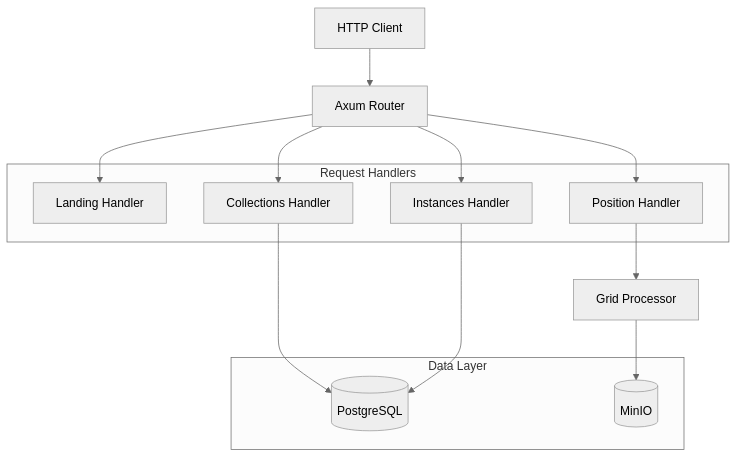
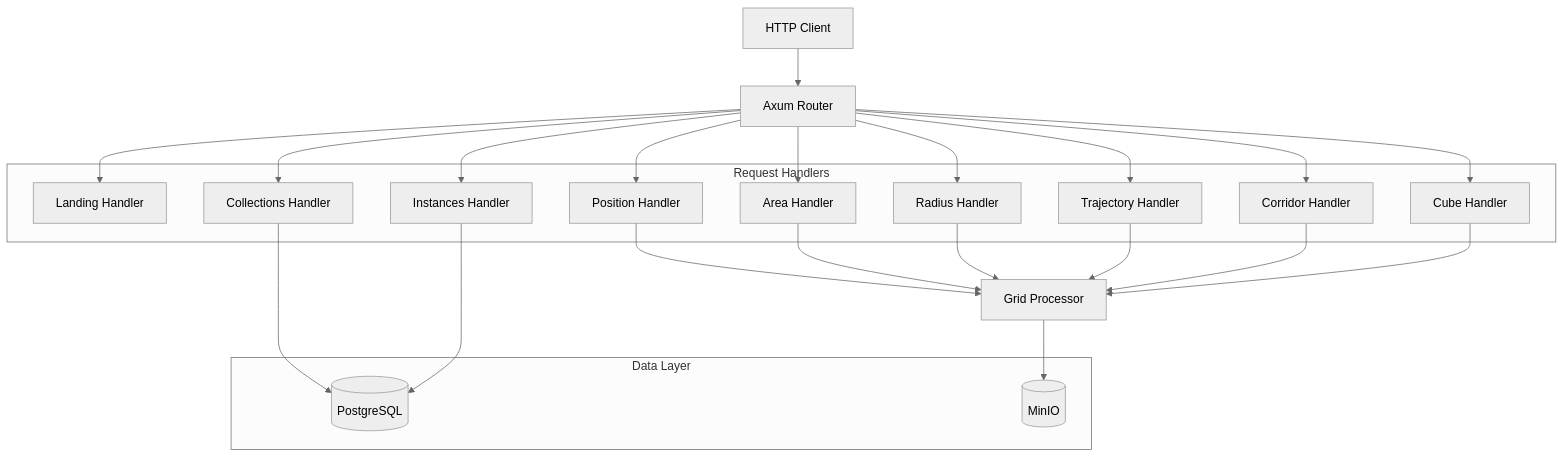
The diagram in docs/src/services/edr-api.md (JoegottabeGitenme/JoeGCServices), drawn with Mermaid (neutral theme) before and after one commit. The commit also changed other lines of this file and 22 other files, not shown here.

````diff
--- a/docs/src/services/edr-api.md
+++ b/docs/src/services/edr-api.md
@@ -24,30 +24,45 @@
 ```mermaid
 graph TB
     Client["HTTP Client"]
     Router["Axum Router"]
     
     subgraph Handlers["Request Handlers"]
         Landing["Landing Handler"]
         Collections["Collections Handler"]
         Instances["Instances Handler"]
         Position["Position Handler"]
+        Area["Area Handler"]
+        Radius["Radius Handler"]
+        Trajectory["Trajectory Handler"]
+        Corridor["Corridor Handler"]
+        Cube["Cube Handler"]
     end
     
     subgraph Data["Data Layer"]
         PG[("PostgreSQL")]
         MINIO[("MinIO")]
     end
     
     GridProc["Grid Processor"]
     
     Client --> Router
     Router --> Landing
     Router --> Collections
     Router --> Instances
     Router --> Position
+    Router --> Area
+    Router --> Radius
+    Router --> Trajectory
+    Router --> Corridor
+    Router --> Cube
     
     Collections --> PG
     Instances --> PG
     Position --> GridProc
+    Area --> GridProc
+    Radius --> GridProc
+    Trajectory --> GridProc
+    Corridor --> GridProc
+    Cube --> GridProc
     GridProc --> MINIO
 ```
````
